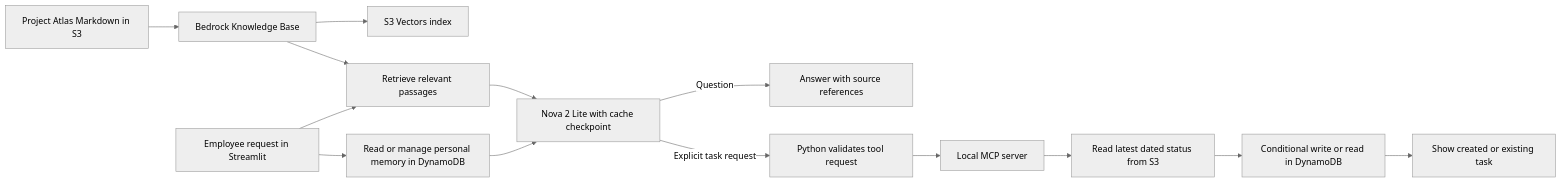
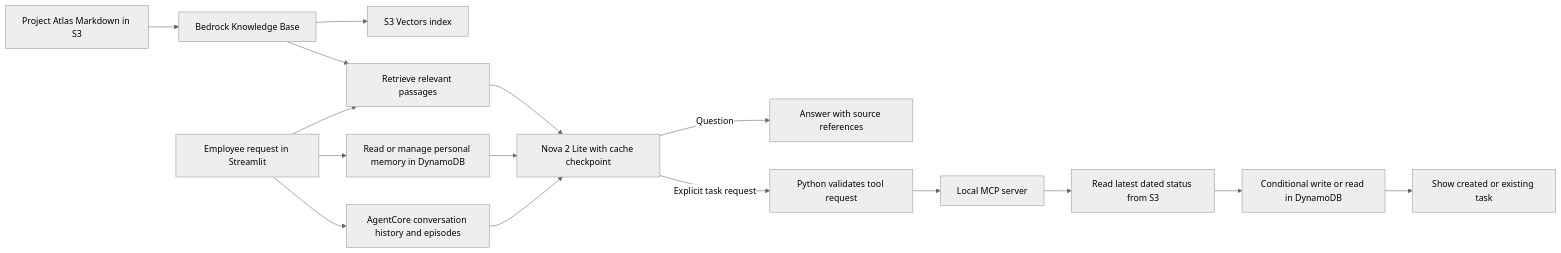
The diagram in README.md (ssganiger/aws-bedrock-employee-agent-rag-memory), drawn with Mermaid (neutral theme) before and after one commit. The commit also changed other lines of this file and 10 other files, not shown here.

````diff
--- a/README.md
+++ b/README.md
@@ -35,16 +52,18 @@
 ```mermaid
 flowchart LR
     A[Project Atlas Markdown in S3] --> B[Bedrock Knowledge Base]
     B --> C[S3 Vectors index]
     D[Employee request in Streamlit] --> E[Retrieve relevant passages]
     D --> M[Read or manage personal memory in DynamoDB]
+    D --> N[AgentCore conversation history and episodes]
     B --> E
     E --> F[Nova 2 Lite with cache checkpoint]
     M --> F
+    N --> F
     F -->|Question| G[Answer with source references]
     F -->|Explicit task request| H[Python validates tool request]
     H --> I[Local MCP server]
     I --> J[Read latest dated status from S3]
     J --> K[Conditional write or read in DynamoDB]
     K --> L[Show created or existing task]
 ```
````
